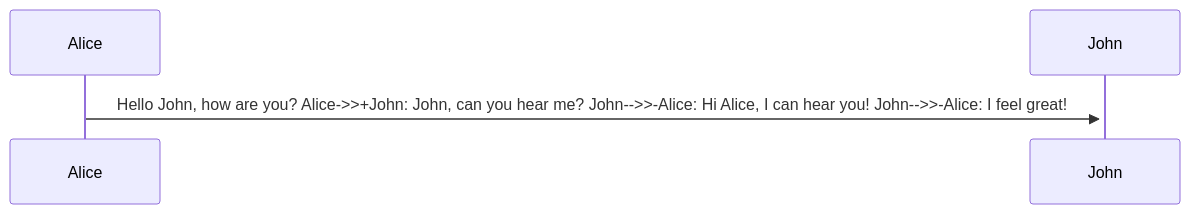
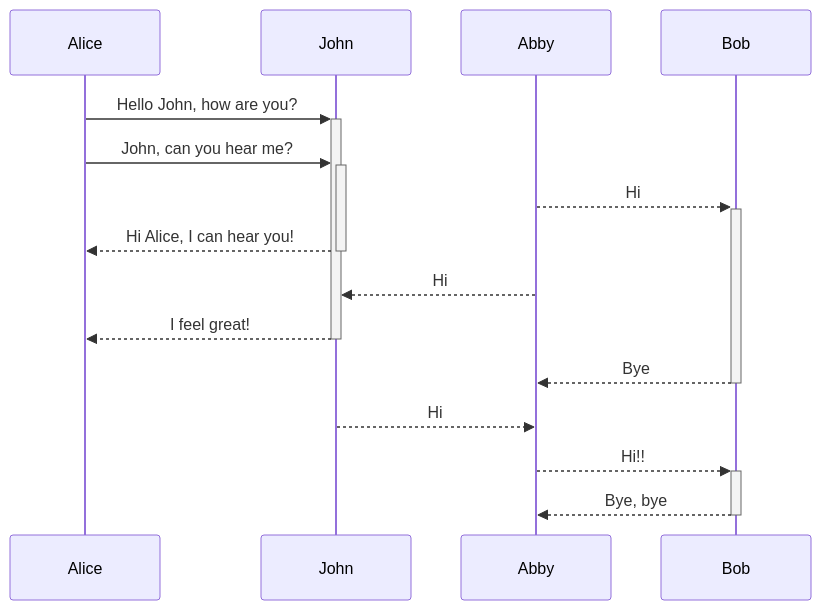
One commit to tunapanini/tunapanini.github.io changed the diagram in content/Syntax Test.md. Above: the diagram before and after it, drawn with Mermaid. The commit also changed other lines of this file, not shown here.

Commit message:
Quartz sync: Aug 4, 2024, 11:52 PM

````diff
--- a/content/Syntax Test.md
+++ b/content/Syntax Test.md
@@ -5,3 +5,13 @@
 ```mermaid
-sequenceDiagram Alice->>+John: Hello John, how are you? Alice->>+John: John, can you hear me? John-->>-Alice: Hi Alice, I can hear you! John-->>-Alice: I feel great!
+sequenceDiagram
+	Alice->>+John: Hello John, how are you?
+	Alice->>+John: John, can you hear me?
+	Abby-->>+Bob: Hi
+	John-->>-Alice: Hi Alice, I can hear you!
+	Abby-->>John: Hi
+	John-->>-Alice: I feel great!
+	Bob-->>-Abby: Bye
+	John-->>Abby: Hi
+	Abby-->>+Bob: Hi!!
+	Bob-->>-Abby: Bye, bye
 ```
````
